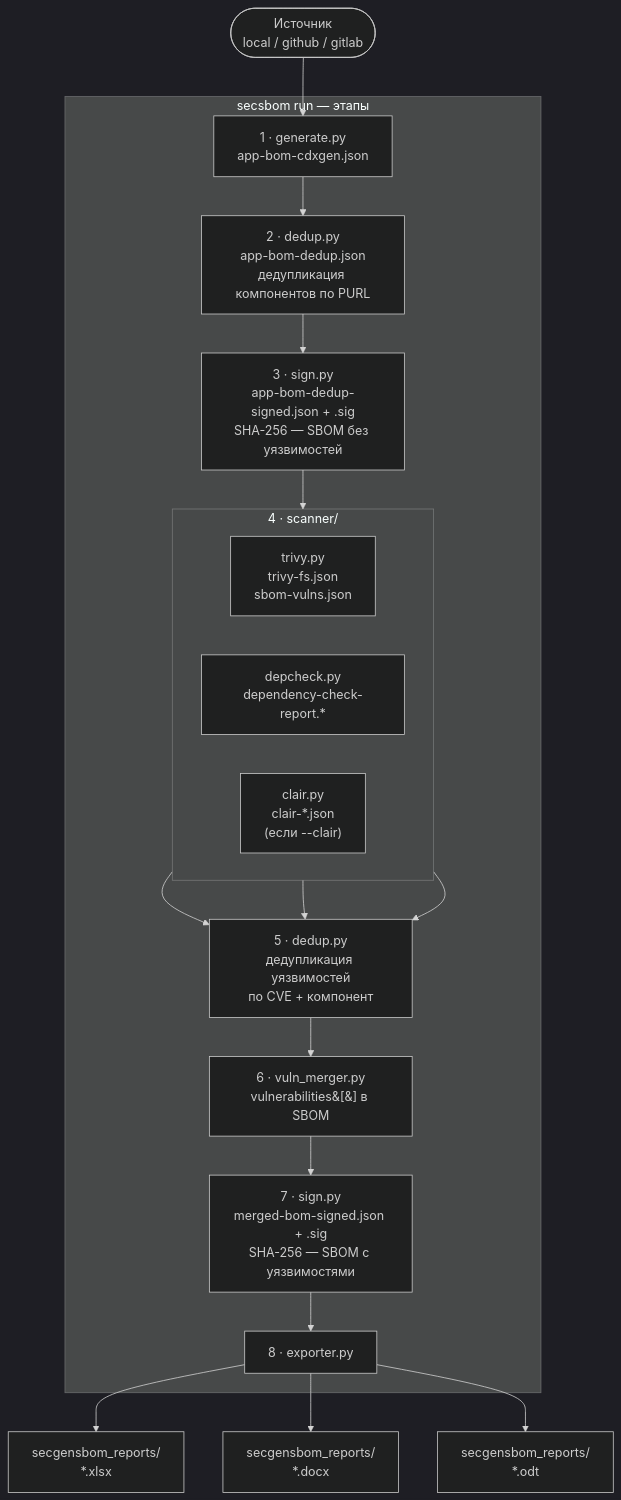
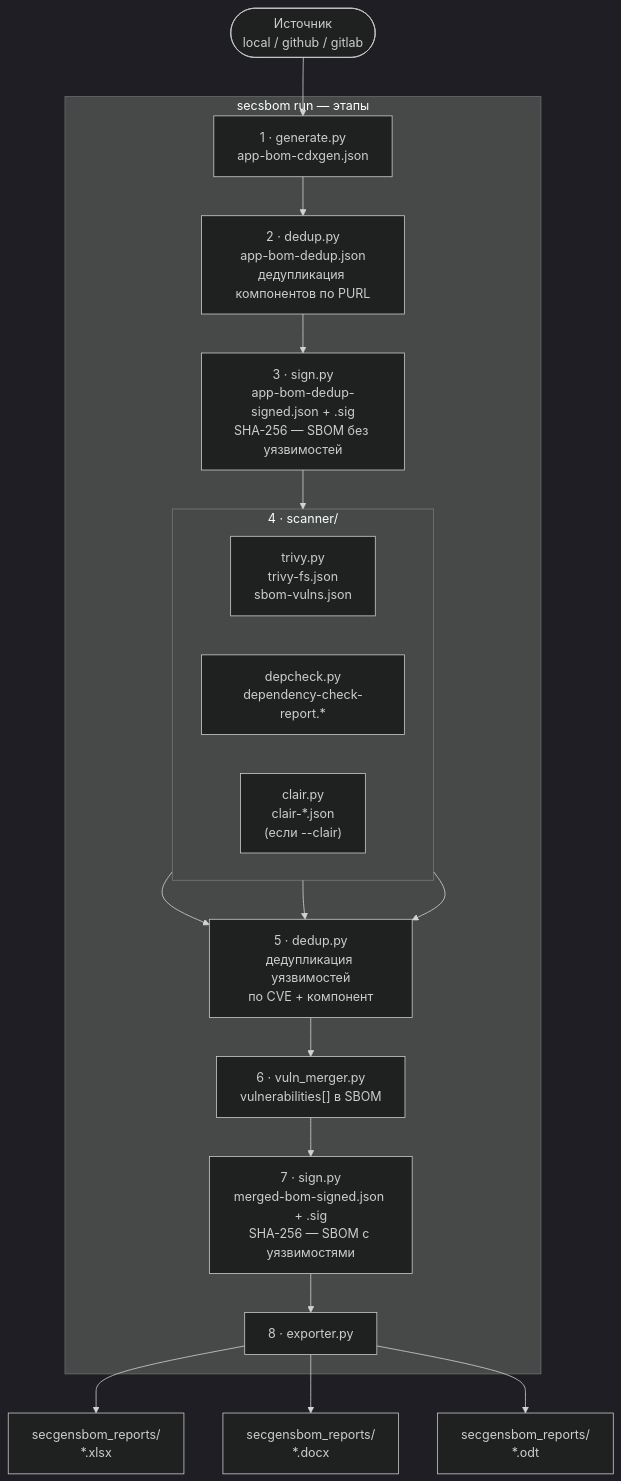
The diagram in README.md (geminishkv/sbom_genform), drawn with Mermaid (dark theme) before and after one commit.

Commit message:
fix[ISSUE-16]: readme closes #16

````diff
--- a/README.md
+++ b/README.md
@@ -238,27 +238,27 @@
 ```mermaid
 flowchart TD
     IN(["Источник\nlocal / github / gitlab"]) --> GEN
 
     subgraph pipeline["secsbom run — этапы"]
         GEN["1 · generate.py\napp-bom-cdxgen.json"]
         GEN --> DEDUP["2 · dedup.py\napp-bom-dedup.json\nдедупликация компонентов по PURL"]
         DEDUP --> SIGN1["3 · sign.py\napp-bom-dedup-signed.json + .sig\nSHA-256 — SBOM без уязвимостей"]
         SIGN1 --> SCAN
 
         subgraph SCAN["4 · scanner/"]
             direction LR
             TRIVY["trivy.py\ntrivy-fs.json\nsbom-vulns.json"]
             DEPCHECK["depcheck.py\ndependency-check-report.*"]
             CLAIR["clair.py\nclair-*.json\n(если --clair)"]
         end
 
         TRIVY & DEPCHECK & CLAIR --> DDUP2["5 · dedup.py\nдедупликация уязвимостей\nпо CVE + компонент"]
-        DDUP2 --> MERGE["6 · vuln_merger.py\nvulnerabilities&#91;&#93; в SBOM"]
+        DDUP2 --> MERGE["6 · vuln_merger.py\nvulnerabilities[] в SBOM"]
         MERGE --> SIGN2["7 · sign.py\nmerged-bom-signed.json + .sig\nSHA-256 — SBOM с уязвимостями"]
         SIGN2 --> EXPORT["8 · exporter.py"]
     end
 
     EXPORT --> XLSX["secgensbom_reports/\n*.xlsx"]
     EXPORT --> DOCX["secgensbom_reports/\n*.docx"]
     EXPORT --> ODT["secgensbom_reports/\n*.odt"]
 ```
````
